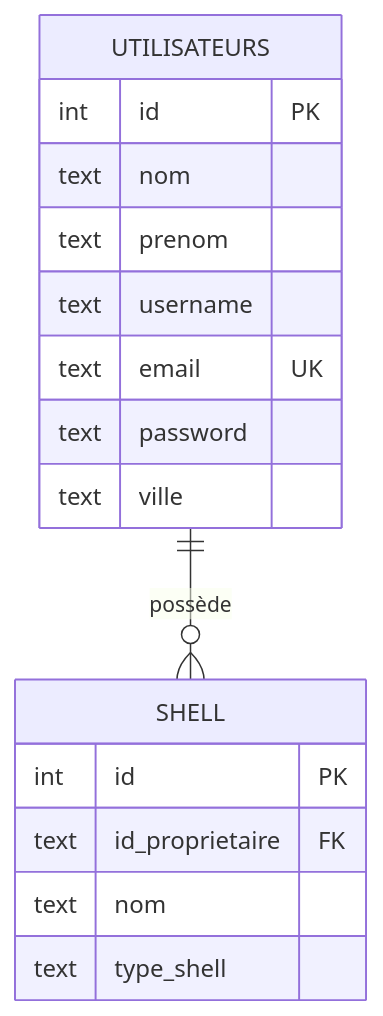
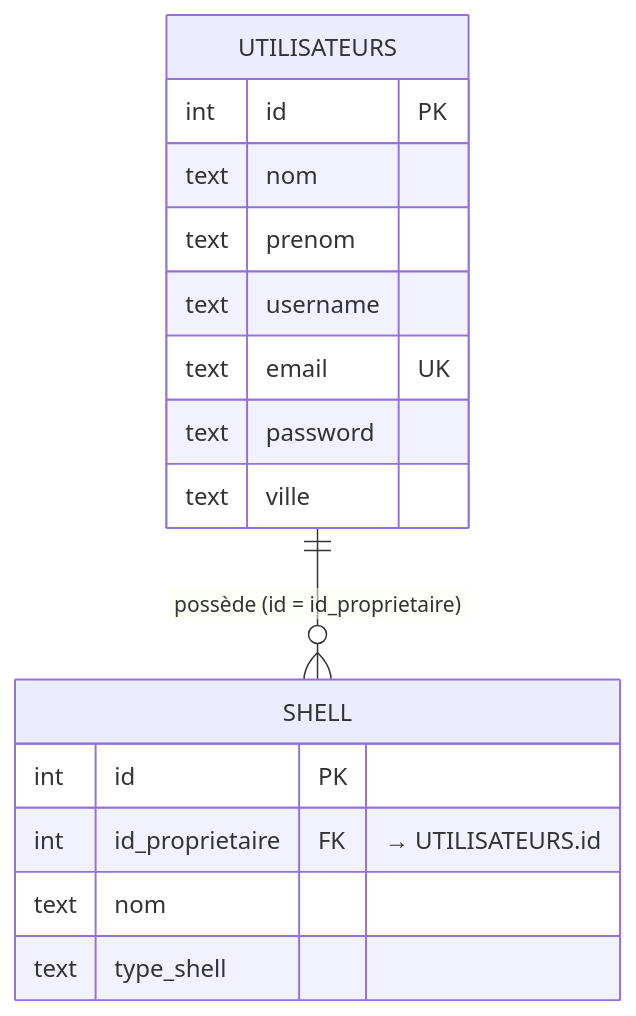
The second of 8 diagrams in slidev/slides.md (ahuman-su/C2), drawn with Mermaid before and after one commit. The commit also changed other lines of this file, not shown here.

Commit message:
tout est ok

````diff
--- a/slidev/slides.md
+++ b/slidev/slides.md
@@ -137,19 +137,22 @@
 ```mermaid {scale: 0.5}
 erDiagram
-    UTILISATEURS ||--o{ SHELL : possède
+    UTILISATEURS ||--o{ SHELL : "possède (id = id_proprietaire)"
+    
     UTILISATEURS {
         int id PK
         text nom
         text prenom
         text username
         text email UK
         text password
         text ville
     }
+
     SHELL {
         int id PK
-        text id_proprietaire FK
+        int id_proprietaire FK  "→ UTILISATEURS.id"
         text nom
         text type_shell
     }
+
 ```
````
